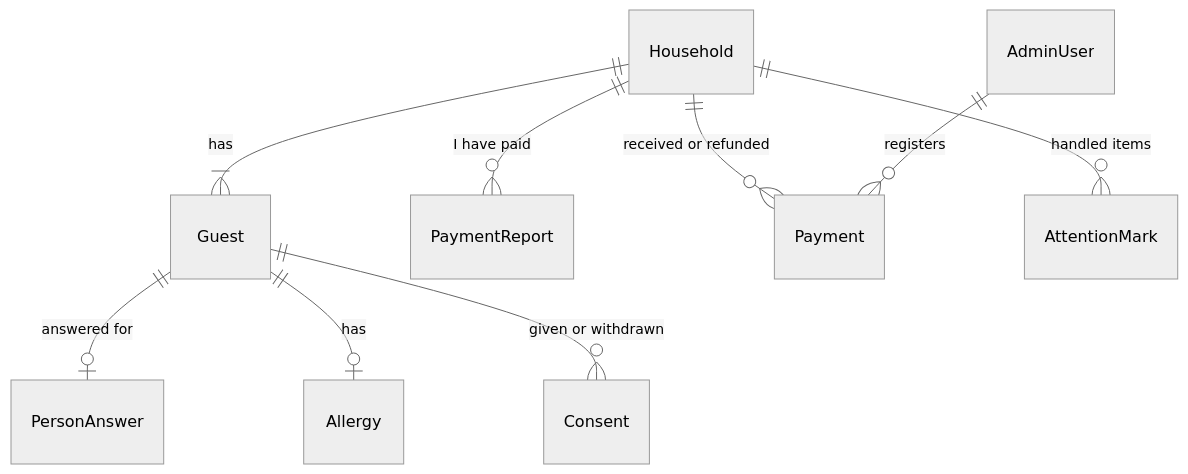
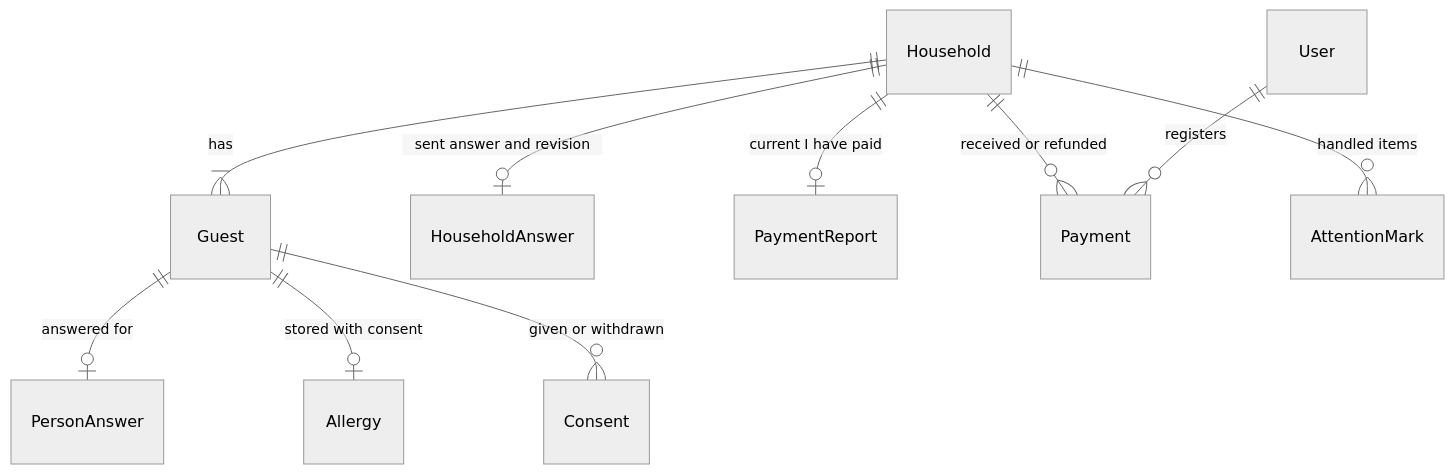
The second of 3 diagrams in .docs/planning-artifacts/architecture/architecture-aill-handle-it-2026-11-16/ARCHITECTURE-SPINE.md (IBE160-2026/G26-dvergsdal), drawn with Mermaid (neutral theme) before and after one commit. The commit also changed other lines of this file and 1 other file, not shown here.

````diff
--- a/.docs/planning-artifacts/architecture/architecture-aill-handle-it-2026-11-16/ARCHITECTURE-SPINE.md
+++ b/.docs/planning-artifacts/architecture/architecture-aill-handle-it-2026-11-16/ARCHITECTURE-SPINE.md
@@ -247,11 +311,12 @@
 ```mermaid
 erDiagram
   Household ||--|{ Guest : has
+  Household ||--o| HouseholdAnswer : "sent answer and revision"
   Guest ||--o| PersonAnswer : "answered for"
-  Guest ||--o| Allergy : has
+  Guest ||--o| Allergy : "stored with consent"
   Guest ||--o{ Consent : "given or withdrawn"
-  Household ||--o{ PaymentReport : "I have paid"
+  Household ||--o| PaymentReport : "current I have paid"
   Household ||--o{ Payment : "received or refunded"
   Household ||--o{ AttentionMark : "handled items"
-  AdminUser ||--o{ Payment : registers
+  User ||--o{ Payment : registers
 ```
````
